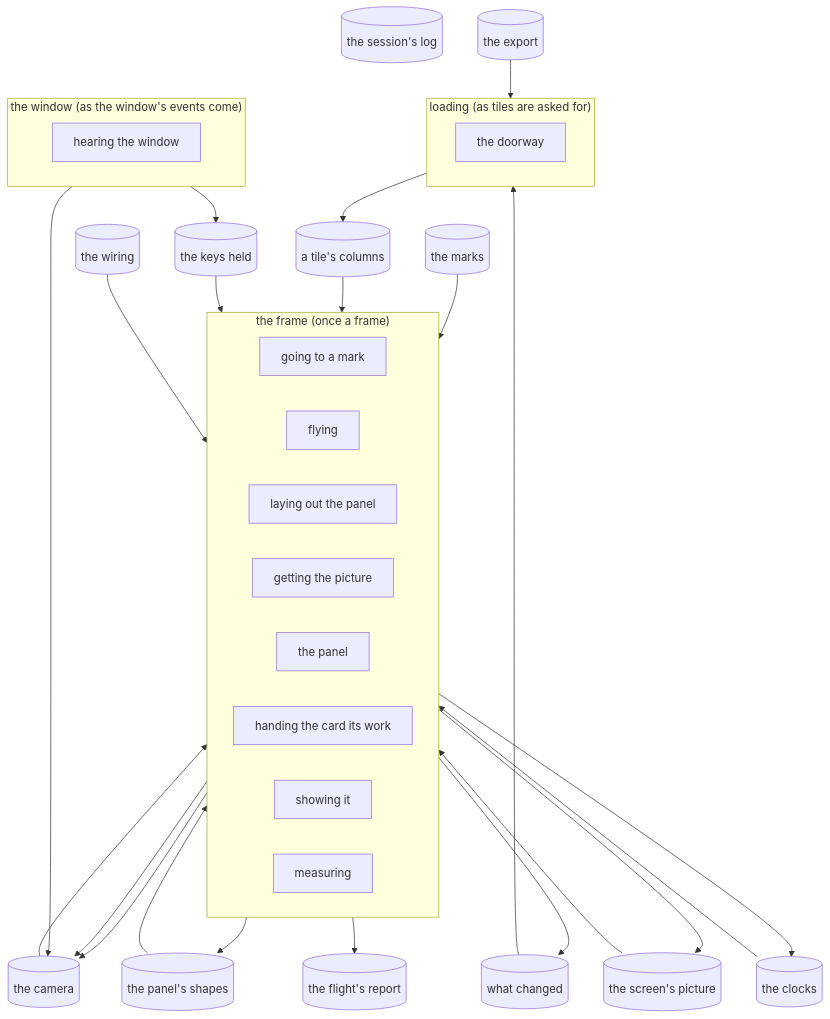
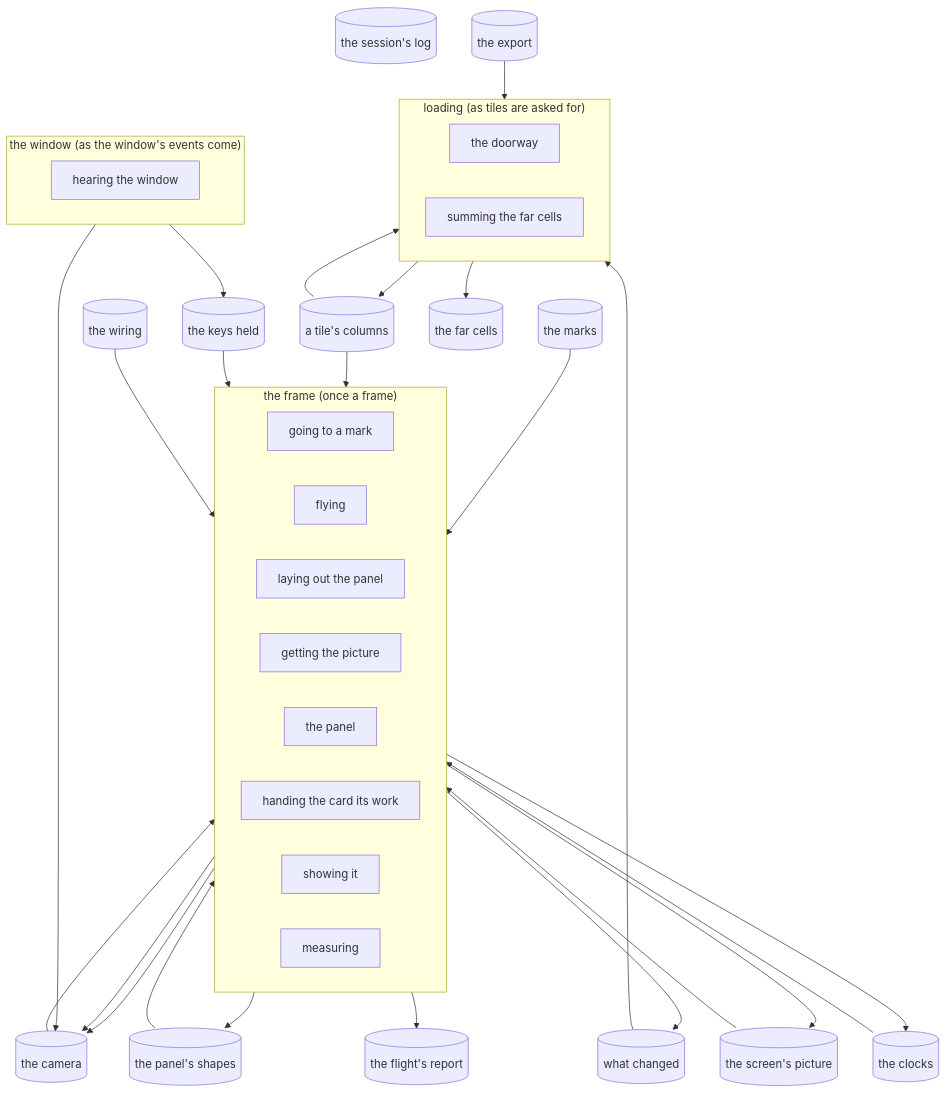
The diagram in master/map.md (david138collins/incus-artus), drawn with Mermaid before and after one commit. The commit also changed other lines of this file and 8 other files, not shown here.

````diff
--- a/master/map.md
+++ b/master/map.md
@@ -11,54 +11,58 @@
 ```mermaid
 flowchart TB
   subgraph lane_the_window["the window (as the window's events come)"]
     direction LR
     pass_hearing_the_window["hearing the window"]
   end
   subgraph lane_the_frame["the frame (once a frame)"]
     direction LR
     pass_going_to_a_mark["going to a mark"]
     pass_flying["flying"]
     pass_laying_out_the_panel["laying out the panel"]
     pass_getting_the_picture["getting the picture"]
     pass_the_panel["the panel"]
     pass_handing_the_card_its_work["handing the card its work"]
     pass_showing_it["showing it"]
     pass_measuring["measuring"]
   end
   subgraph lane_loading["loading (as tiles are asked for)"]
     direction LR
     pass_the_doorway["the doorway"]
+    pass_summing_the_far_cells["summing the far cells"]
   end
   store_the_keys_held[("the keys held")]
   store_the_camera[("the camera")]
   store_the_clocks[("the clocks")]
   store_the_wiring[("the wiring")]
   store_the_panel_s_shapes[("the panel's shapes")]
   store_the_screen_s_picture[("the screen's picture")]
   store_the_flight_s_report[("the flight's report")]
   store_the_session_s_log[("the session's log")]
   store_the_export[("the export")]
   store_a_tile_s_columns[("a tile's columns")]
   store_the_marks[("the marks")]
   store_what_changed[("what changed")]
+  store_the_far_cells[("the far cells")]
   pass_hearing_the_window --> store_the_keys_held
   pass_hearing_the_window --> store_the_camera
   store_the_marks --> pass_going_to_a_mark
   store_a_tile_s_columns --> pass_going_to_a_mark
   pass_going_to_a_mark --> store_the_camera
   pass_going_to_a_mark --> store_what_changed
   store_the_keys_held --> pass_flying
   pass_flying --> store_the_camera
   store_the_camera --> pass_laying_out_the_panel
   store_the_clocks --> pass_laying_out_the_panel
   store_the_wiring --> pass_laying_out_the_panel
   pass_laying_out_the_panel --> store_the_panel_s_shapes
   store_the_panel_s_shapes --> pass_the_panel
   pass_the_panel --> store_the_screen_s_picture
   store_the_screen_s_picture --> pass_showing_it
   pass_measuring --> store_the_clocks
   pass_measuring --> store_the_flight_s_report
   store_the_export --> pass_the_doorway
   store_what_changed --> pass_the_doorway
   pass_the_doorway --> store_a_tile_s_columns
+  store_a_tile_s_columns --> pass_summing_the_far_cells
+  pass_summing_the_far_cells --> store_the_far_cells
 ```
````
